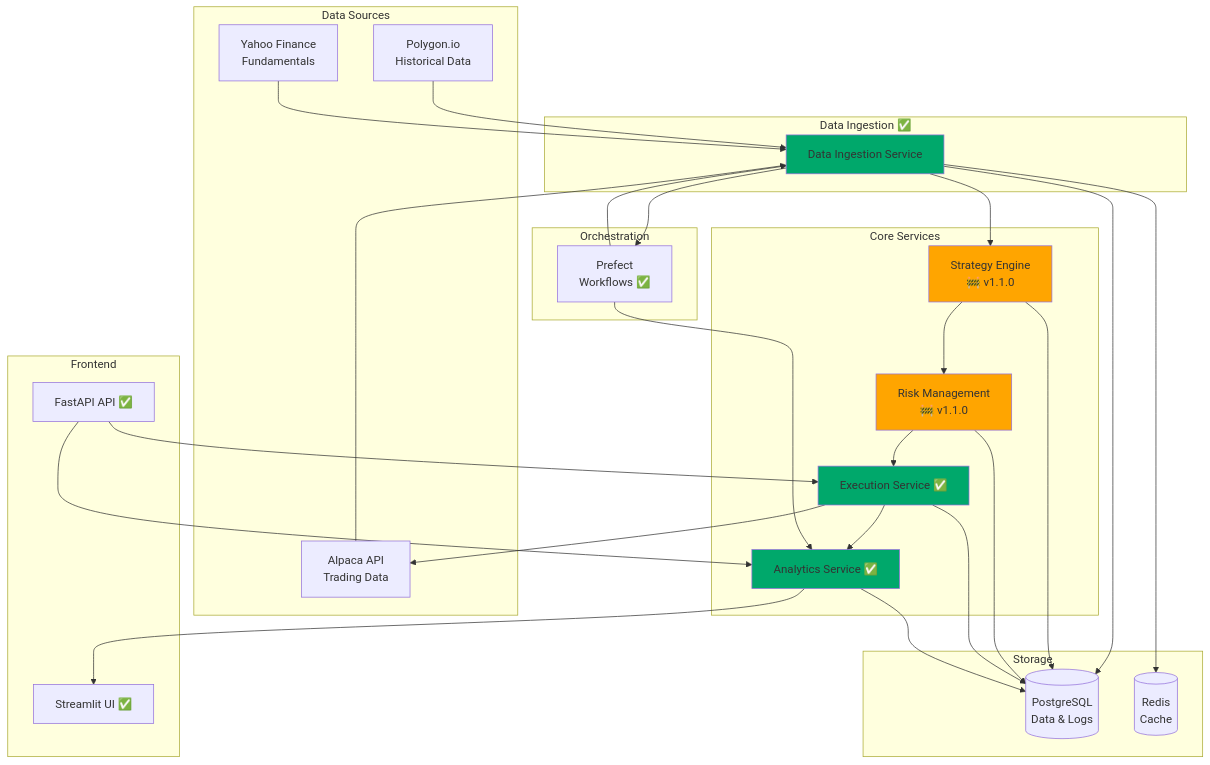
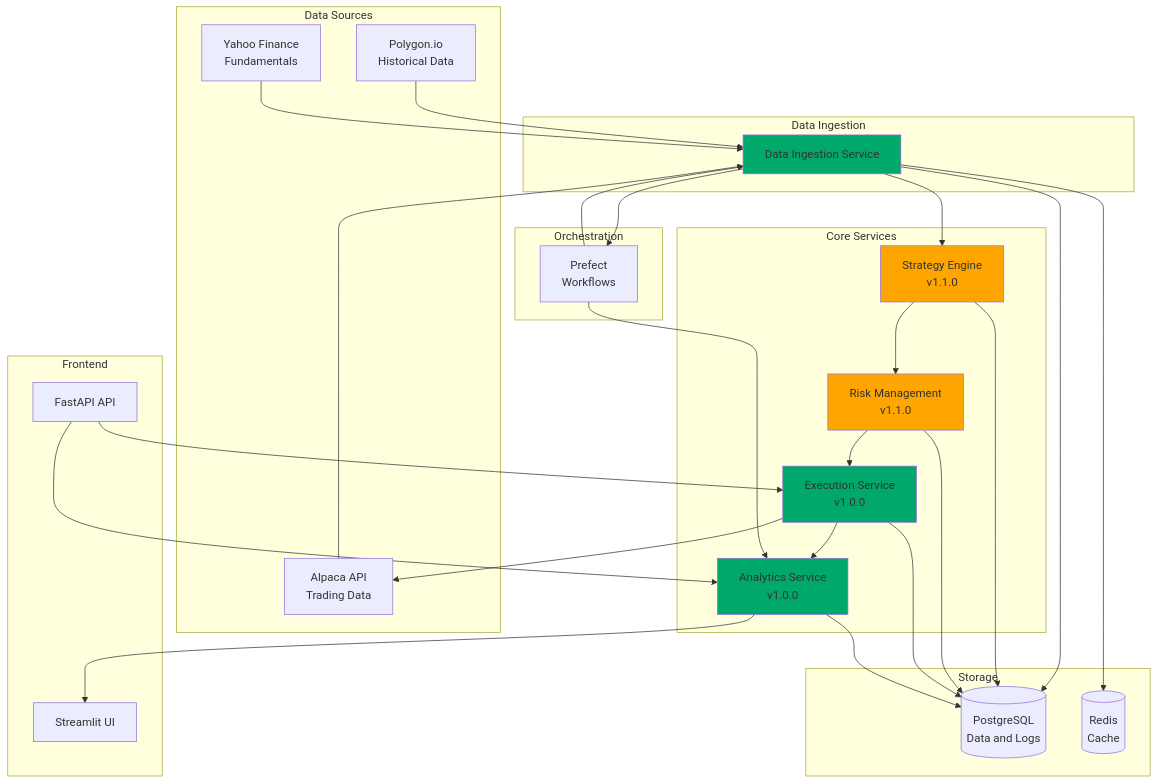
One commit to nishantnayar/Trading-System changed the diagram in docs/index.md. Above: the diagram before and after it, drawn with Mermaid.

````diff
--- a/docs/index.md
+++ b/docs/index.md
@@ -83,65 +83,65 @@
 ```mermaid
 graph TB
     subgraph "Data Sources"
-        Polygon[Polygon.io<br/>Historical Data]
-        Yahoo[Yahoo Finance<br/>Fundamentals]
-        AlpacaExt[Alpaca API<br/>Trading Data]
+        Polygon["Polygon.io<br/>Historical Data"]
+        Yahoo["Yahoo Finance<br/>Fundamentals"]
+        AlpacaExt["Alpaca API<br/>Trading Data"]
     end
     
-    subgraph "Data Ingestion ✅"
-        DataIngestion[Data Ingestion Service]
+    subgraph "Data Ingestion"
+        DataIngestion["Data Ingestion Service"]
     end
     
     subgraph "Core Services"
-        Strategy[Strategy Engine<br/>🚧 v1.1.0]
-        Risk[Risk Management<br/>🚧 v1.1.0]
-        Execution[Execution Service ✅]
-        Analytics[Analytics Service ✅]
+        Strategy["Strategy Engine<br/>v1.1.0"]
+        Risk["Risk Management<br/>v1.1.0"]
+        Execution["Execution Service<br/>v1.0.0"]
+        Analytics["Analytics Service<br/>v1.0.0"]
     end
     
     subgraph "Storage"
-        PostgreSQL[(PostgreSQL<br/>Data & Logs)]
-        Redis[(Redis<br/>Cache)]
+        PostgreSQL[("PostgreSQL<br/>Data and Logs")]
+        Redis[("Redis<br/>Cache")]
     end
     
     subgraph "Orchestration"
-        Prefect[Prefect<br/>Workflows ✅]
+        Prefect["Prefect<br/>Workflows"]
     end
     
     subgraph "Frontend"
-        Streamlit[Streamlit UI ✅]
-        FastAPI[FastAPI API ✅]
+        Streamlit["Streamlit UI"]
+        FastAPI["FastAPI API"]
     end
     
     Polygon --> DataIngestion
     Yahoo --> DataIngestion
     AlpacaExt --> DataIngestion
     
     DataIngestion --> PostgreSQL
     DataIngestion --> Redis
     DataIngestion --> Prefect
     
     DataIngestion --> Strategy
     Strategy --> Risk
     Risk --> Execution
     Execution --> Analytics
     
     Strategy --> PostgreSQL
     Risk --> PostgreSQL
     Execution --> PostgreSQL
     Analytics --> PostgreSQL
     
     Execution --> AlpacaExt
     Analytics --> Streamlit
     FastAPI --> Execution
     FastAPI --> Analytics
     
     Prefect --> DataIngestion
     Prefect --> Analytics
     
     style DataIngestion fill:#00A86B
     style Execution fill:#00A86B
     style Analytics fill:#00A86B
     style Strategy fill:#FFA500
     style Risk fill:#FFA500
 ```
````
